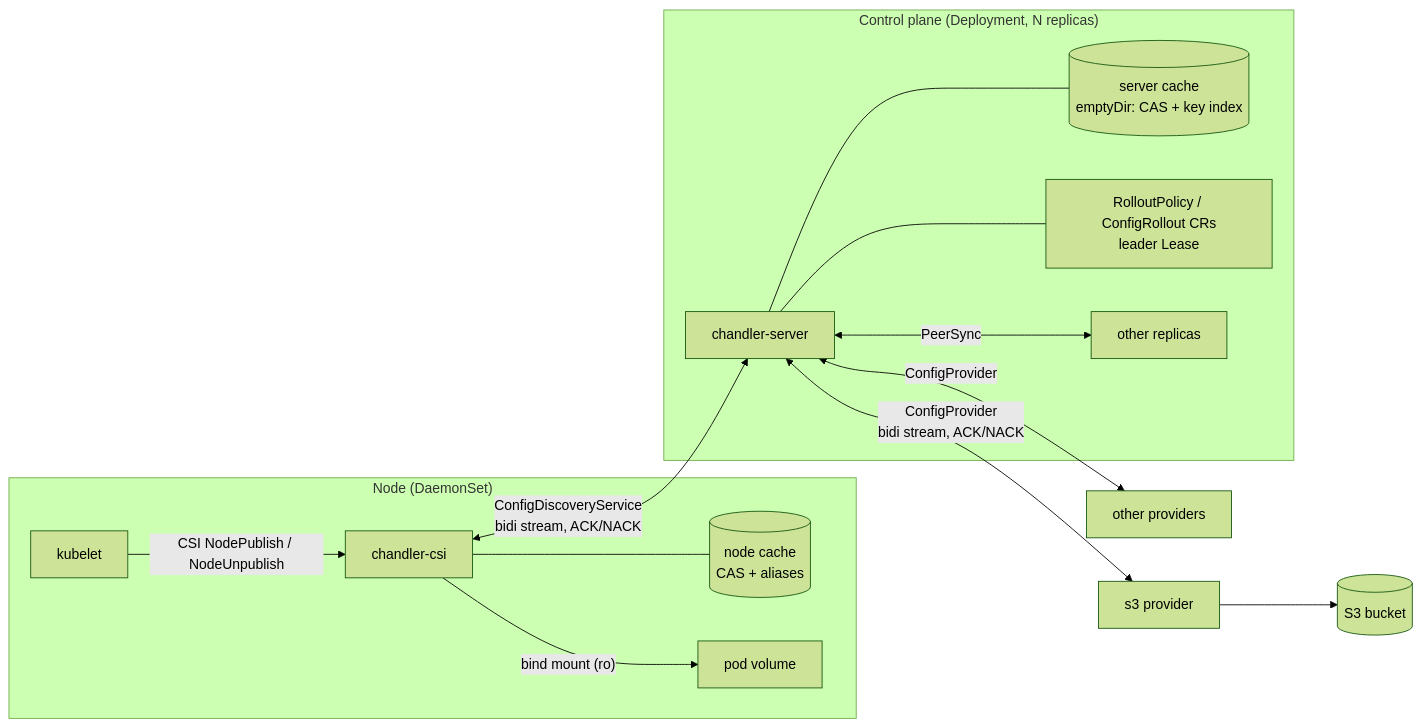
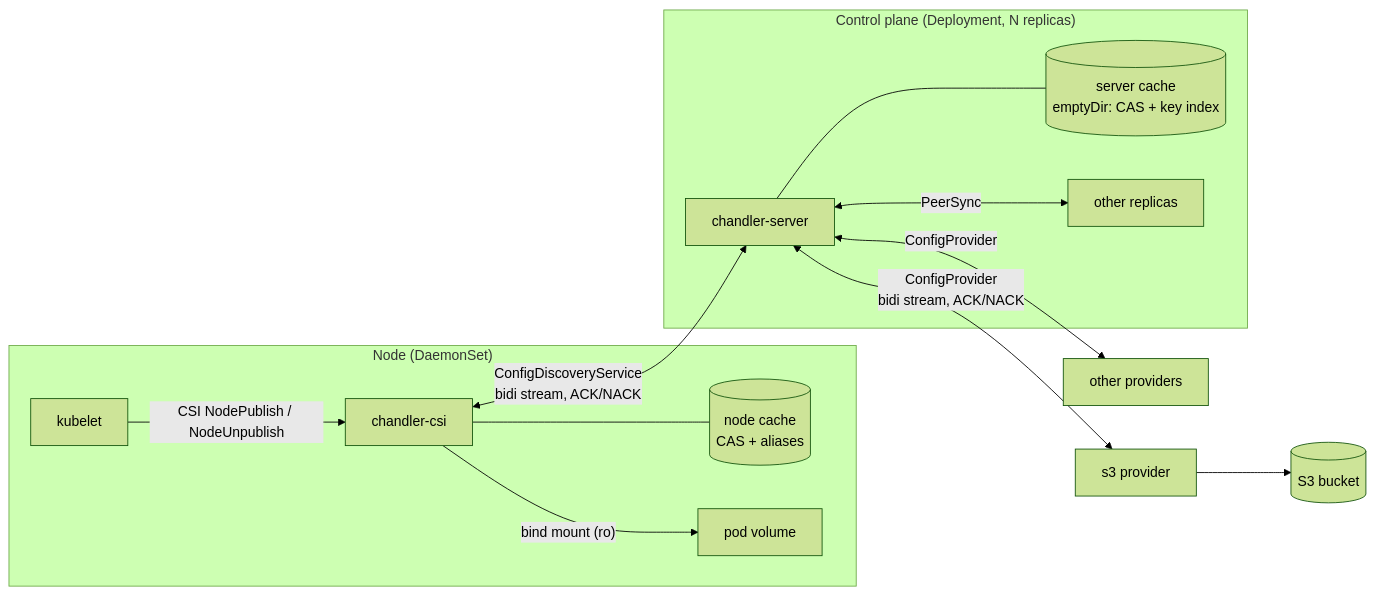
The first of 4 diagrams in docs/design.md (bpalermo/chandler), drawn with Mermaid (forest theme) before and after one commit. The commit also changed other lines of this file and 36 other files, not shown here.

````diff
--- a/docs/design.md
+++ b/docs/design.md
@@ -60,17 +61,16 @@
 ```mermaid
 flowchart LR
   subgraph node["Node (DaemonSet)"]
     kubelet -- "CSI NodePublish / NodeUnpublish" --> driver["chandler-csi"]
     driver --- ncache[("node cache<br/>CAS + aliases")]
     driver -- "bind mount (ro)" --> pod["pod volume"]
   end
   subgraph cp["Control plane (Deployment, N replicas)"]
     server["chandler-server"] --- scache[("server cache<br/>emptyDir: CAS + key index")]
-    server --- crd["RolloutPolicy / ConfigRollout CRs<br/>leader Lease"]
     server <-- "PeerSync" --> peers["other replicas"]
   end
   driver <-- "ConfigDiscoveryService<br/>bidi stream, ACK/NACK" --> server
   server <-- "ConfigProvider<br/>bidi stream, ACK/NACK" --> s3["s3 provider"]
   server <-- "ConfigProvider" --> other["other providers"]
   s3 --> bucket[("S3 bucket")]
 ```
````
